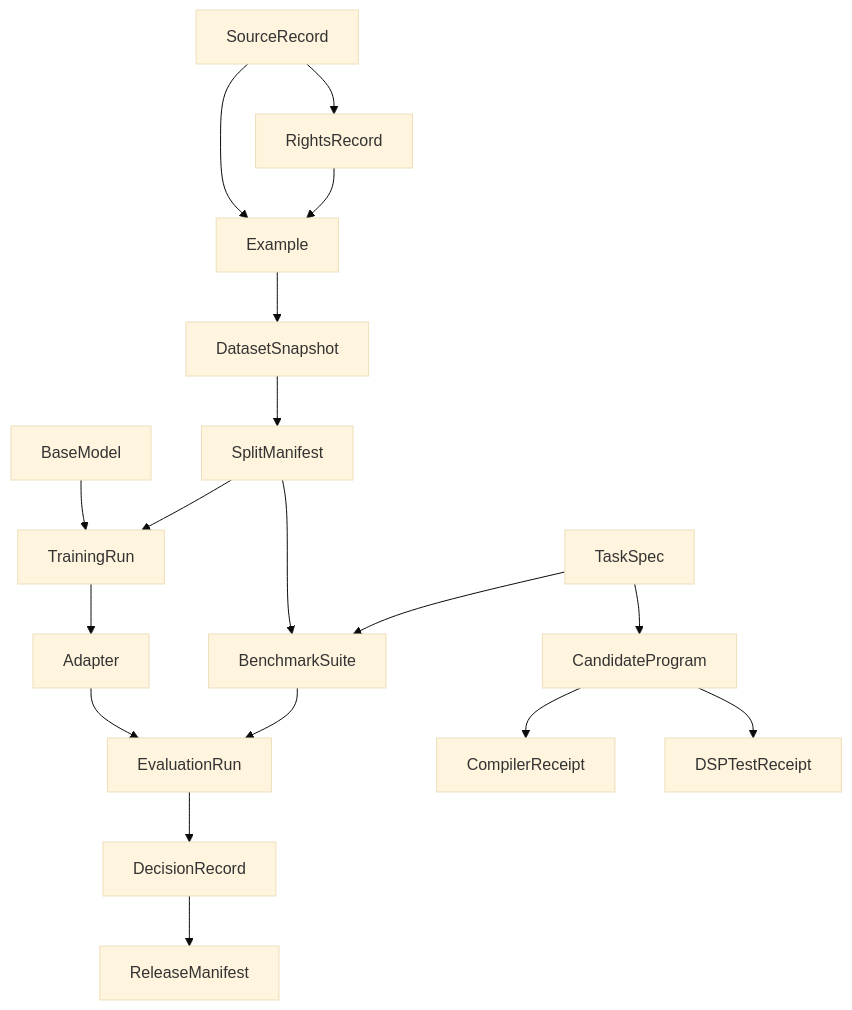
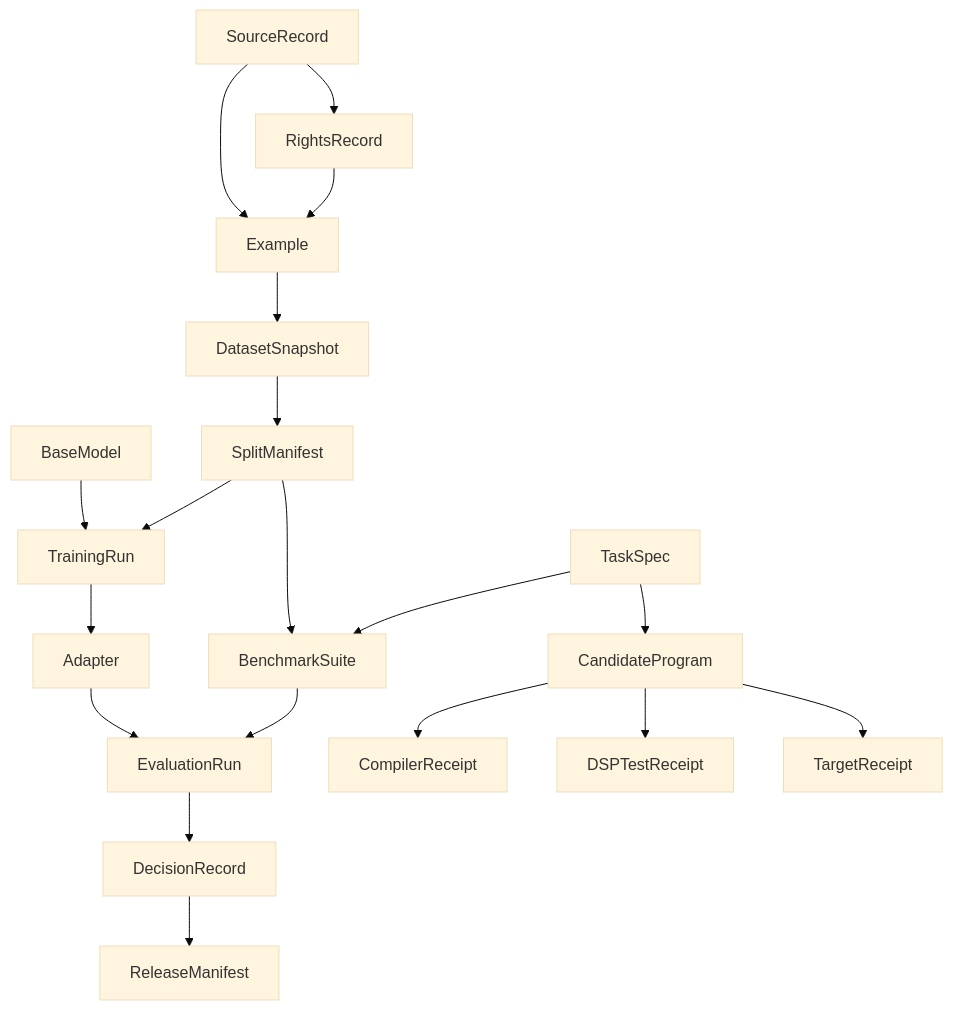
Before and after one commit to Zero-State-LLC/BlackDog: the diagram in specs/001-faustcoder/data-model.md, drawn with Mermaid (base theme). The commit also changed other lines of this file and 16 other files, not shown here.

````diff
--- a/specs/001-faustcoder/data-model.md
+++ b/specs/001-faustcoder/data-model.md
@@ -46,15 +47,16 @@
 ```mermaid
 graph TD
     SourceRecord --> RightsRecord
     SourceRecord --> Example
     RightsRecord --> Example
     Example --> DatasetSnapshot --> SplitManifest
     SplitManifest --> BenchmarkSuite
     TaskSpec --> BenchmarkSuite
     BaseModel --> TrainingRun
     SplitManifest --> TrainingRun --> Adapter
     Adapter --> EvaluationRun
     BenchmarkSuite --> EvaluationRun --> DecisionRecord --> ReleaseManifest
     TaskSpec --> CandidateProgram --> CompilerReceipt
     CandidateProgram --> DSPTestReceipt
+    CandidateProgram --> TargetReceipt
 ```
````
